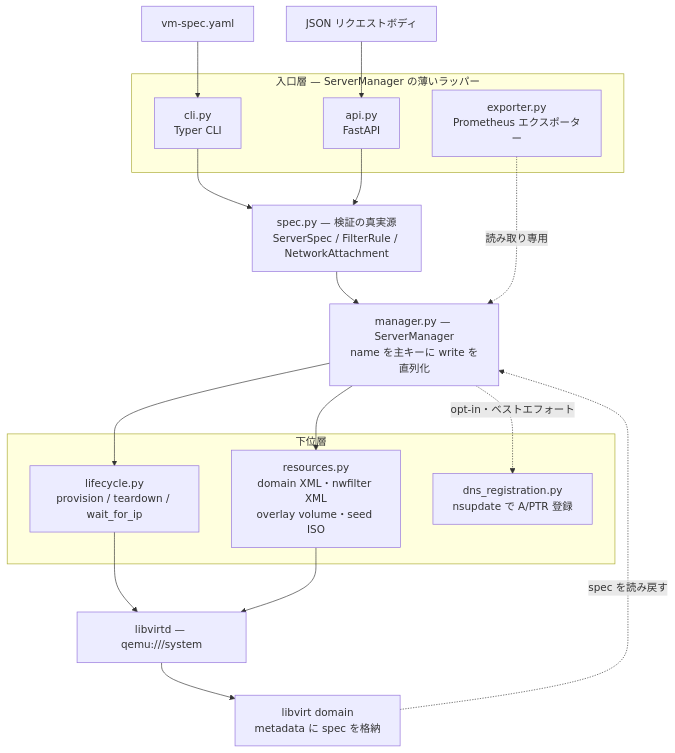
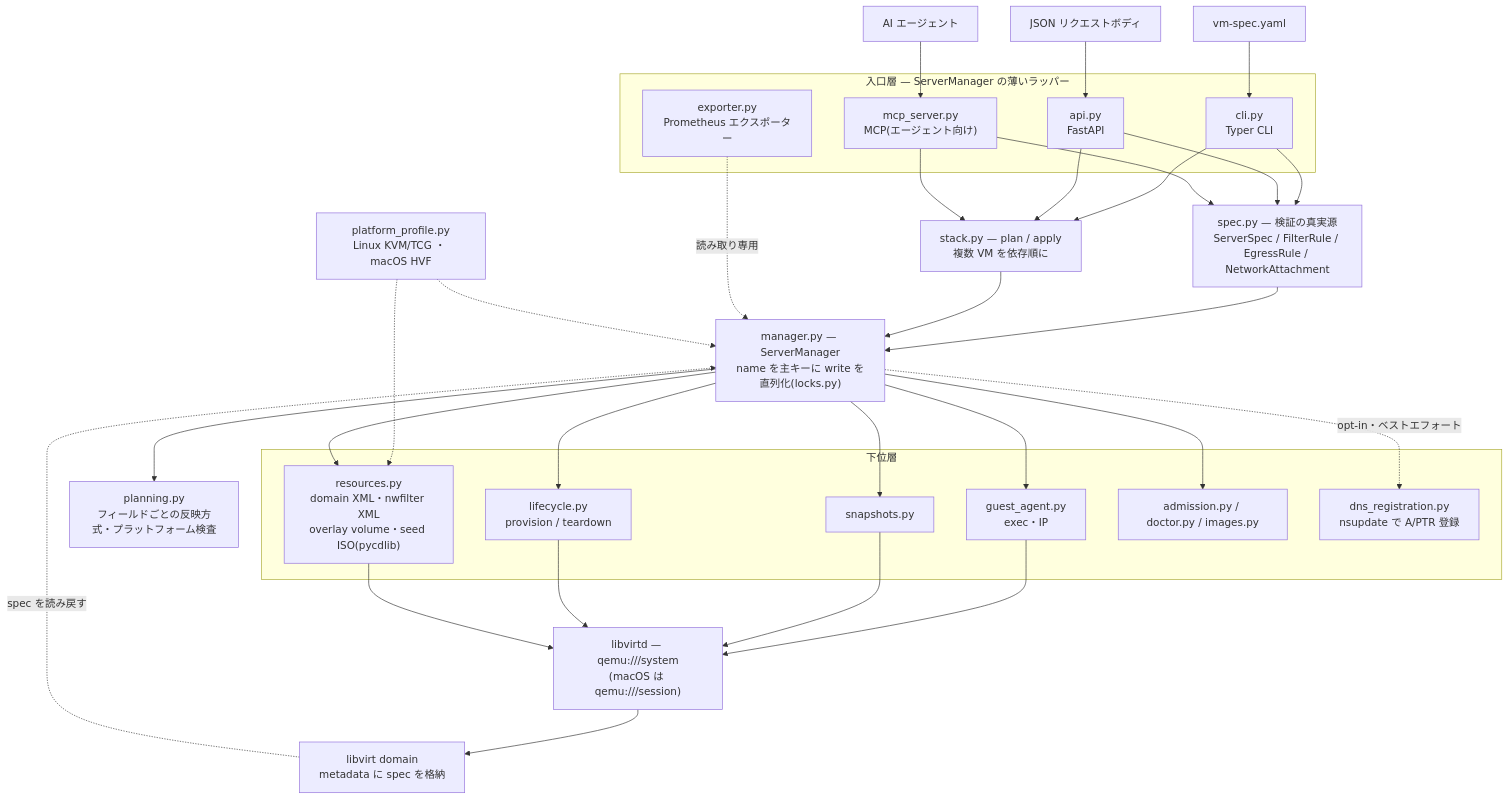
Before and after one commit to 0x69d/mini-vps-platform: the second of 2 diagrams in README.md, drawn with Mermaid. The commit also changed other lines of this file and 3 other files, not shown here.

````diff
--- a/README.md
+++ b/README.md
@@ -120,37 +135,58 @@
 ```mermaid
 flowchart TB
     Y["vm-spec.yaml"]
     J["JSON リクエストボディ"]
 
     subgraph entry["入口層 — ServerManager の薄いラッパー"]
         CLI["cli.py<br/>Typer CLI"]
         API["api.py<br/>FastAPI"]
+        MCP["mcp_server.py<br/>MCP(エージェント向け)"]
         EXP["exporter.py<br/>Prometheus エクスポーター"]
     end
 
-    SPEC["spec.py — 検証の真実源<br/>ServerSpec / FilterRule / NetworkAttachment"]
-    MGR["manager.py — ServerManager<br/>name を主キーに write を直列化"]
+    SPEC["spec.py — 検証の真実源<br/>ServerSpec / FilterRule / EgressRule / NetworkAttachment"]
+    STK["stack.py — plan / apply<br/>複数 VM を依存順に"]
+    MGR["manager.py — ServerManager<br/>name を主キーに write を直列化(locks.py)"]
+    PLAN["planning.py<br/>フィールドごとの反映方式・プラットフォーム検査"]
+    PROF["platform_profile.py<br/>Linux KVM/TCG ・ macOS HVF"]
 
     subgraph lower["下位層"]
-        LC["lifecycle.py<br/>provision / teardown / wait_for_ip"]
-        RES["resources.py<br/>domain XML・nwfilter XML<br/>overlay volume・seed ISO"]
+        LC["lifecycle.py<br/>provision / teardown"]
+        RES["resources.py<br/>domain XML・nwfilter XML<br/>overlay volume・seed ISO(pycdlib)"]
+        GA["guest_agent.py<br/>exec・IP"]
+        SNAP["snapshots.py"]
+        ADM["admission.py / doctor.py / images.py"]
         DNS["dns_registration.py<br/>nsupdate で A/PTR 登録"]
     end
 
-    LV["libvirtd — qemu:///system"]
+    LV["libvirtd — qemu:///system<br/>(macOS は qemu:///session)"]
     DOM["libvirt domain<br/>metadata に spec を格納"]
 
     Y --> CLI
     J --> API
+    AG["AI エージェント"] --> MCP
     CLI --> SPEC
     API --> SPEC
+    MCP --> SPEC
     SPEC --> MGR
+    CLI --> STK
+    API --> STK
+    MCP --> STK
+    STK --> MGR
     EXP -.->|"読み取り専用"| MGR
+    MGR --> PLAN
+    PROF -.-> MGR
+    PROF -.-> RES
     MGR --> LC
     MGR --> RES
+    MGR --> GA
+    MGR --> SNAP
+    MGR --> ADM
+    GA --> LV
+    SNAP --> LV
     MGR -.->|"opt-in・ベストエフォート"| DNS
     LC --> LV
     RES --> LV
     LV --> DOM
     DOM -.->|"spec を読み戻す"| MGR
 ```
````
